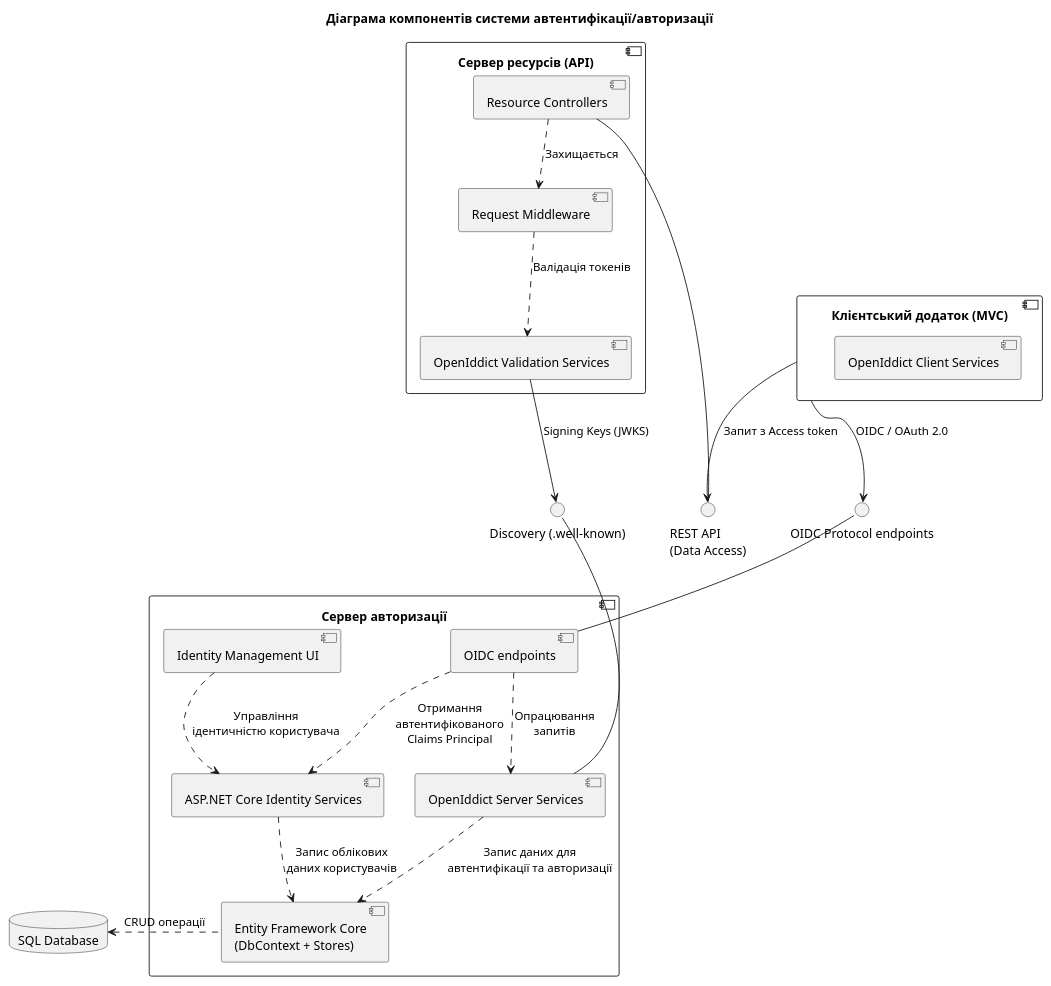
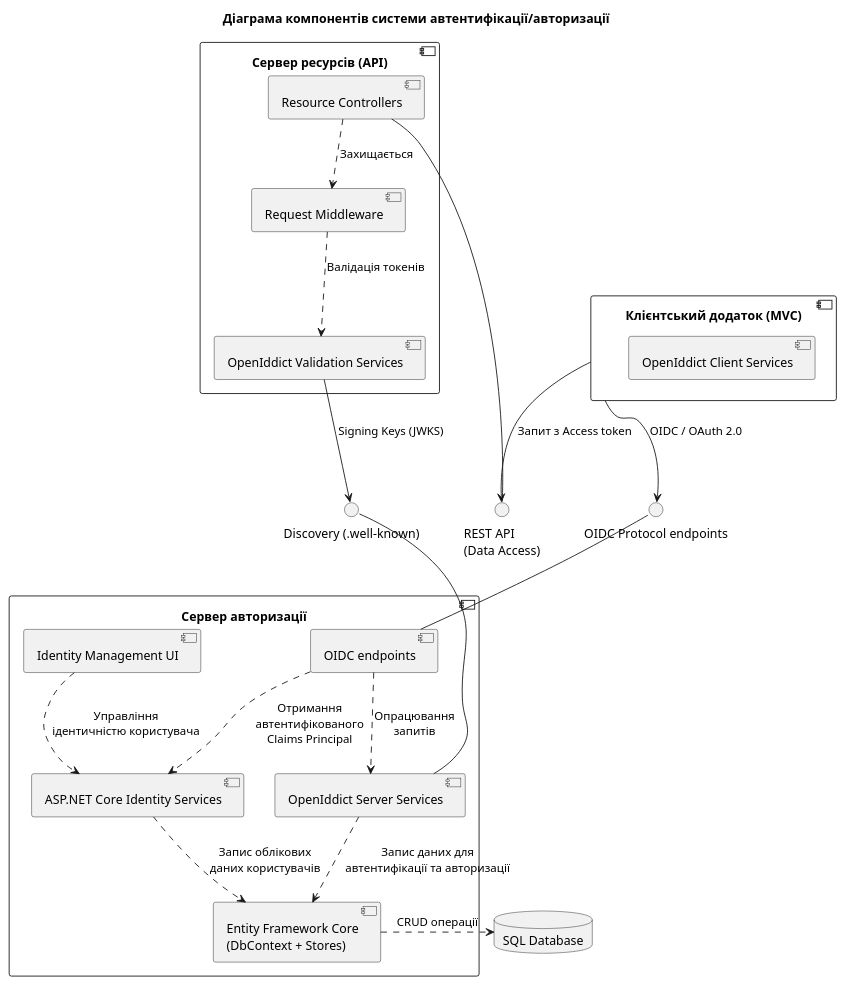
Before and after one commit to AyTee001/AuthProvider: the diagram in Docs/component_diagram.puml, drawn with PlantUML.

Commit message:
component diagram visual refinement

```diff
--- a/Docs/component_diagram.puml
+++ b/Docs/component_diagram.puml
@@ -1,57 +1,57 @@
 @startuml "Component Diagram"
 title Діаграма компонентів системи автентифікації/авторизації
 
 skinparam componentStyle uml2
 
 ' --- Клієнт ---
 component "Клієнтський додаток (MVC)" as Client {
     component "OpenIddict Client Services" as OpenIddictClient
 }
 
 ' --- Інтерфейси ---
 together {
     interface "OIDC Protocol endpoints" as OidcInterface
     interface "Discovery (.well-known)" as DiscoveryInterface
     interface "REST API\n(Data Access)" as ApiInterface
 }
 
 ' --- Auth Server ---
 component "Сервер авторизації" as AuthServer {
     component "Identity Management UI" as IdentityUI
     component "OIDC endpoints" as OidcEndpoints
     component "OpenIddict Server Services" as OpenIddictServer
     component "ASP.NET Core Identity Services" as IdentityCore
     component "Entity Framework Core\n(DbContext + Stores)" as EfCore
 
     OidcEndpoints ..> OpenIddictServer : "Опрацювання\nзапитів"
     OidcEndpoints ..> IdentityCore : "Отримання\nавтентифікованого\nClaims Principal"
     IdentityUI ..> IdentityCore : "Управління\nідентичністю користувача"
     OpenIddictServer ..> EfCore : "Запис даних для\nавтентифікації та авторизації"
     IdentityCore ..> EfCore : "Запис облікових\nданих користувачів"
 }
 
 component "Сервер ресурсів (API)" as ResourceServer {
     component "Request Middleware" as RequestMiddleware
     component "OpenIddict Validation Services" as OpenIddictValidation
     component "Resource Controllers" as ResourceControllers
 
     RequestMiddleware ..> OpenIddictValidation : "Валідація токенів"
     ResourceControllers ..> RequestMiddleware : "Захищається"
 }
 
 ' --- БД ---
 database "SQL Database" as DB
 
 ' --- Зовнішні зв'язки ---
 Client --> OidcInterface : "OIDC / OAuth 2.0"
 Client --> ApiInterface : "Запит з Access token"
 
 OidcInterface -- OidcEndpoints
 DiscoveryInterface -- OpenIddictServer
 ApiInterface -- ResourceControllers
 
 OpenIddictValidation --> DiscoveryInterface : "Signing Keys (JWKS)"
 
-EfCore ..left..> DB : "CRUD операції"
+EfCore .> DB : "CRUD операції"
 
 @enduml
```
